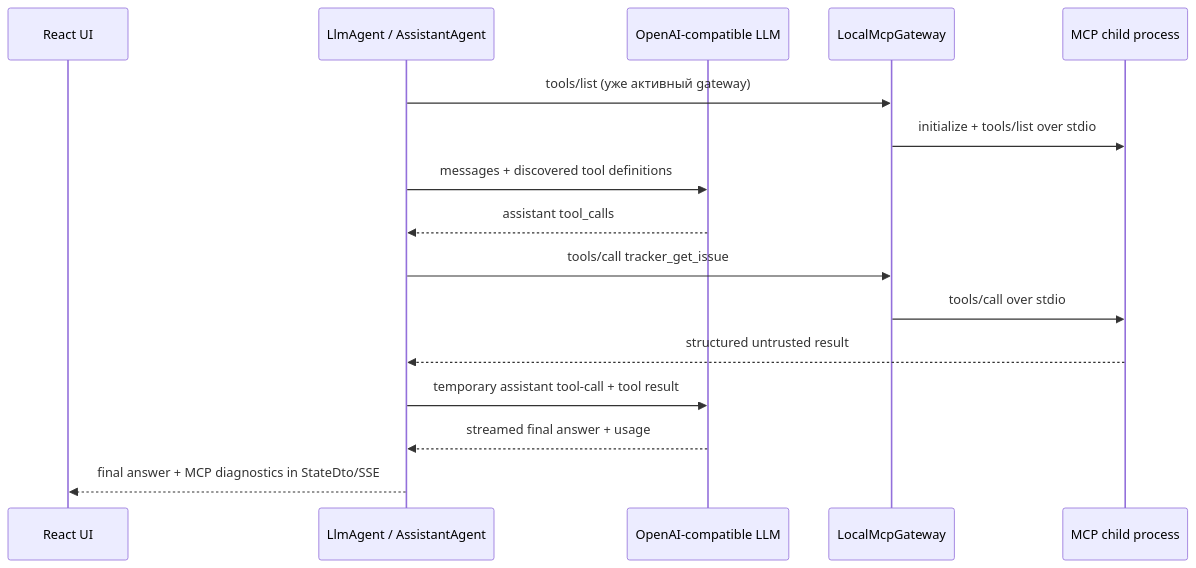
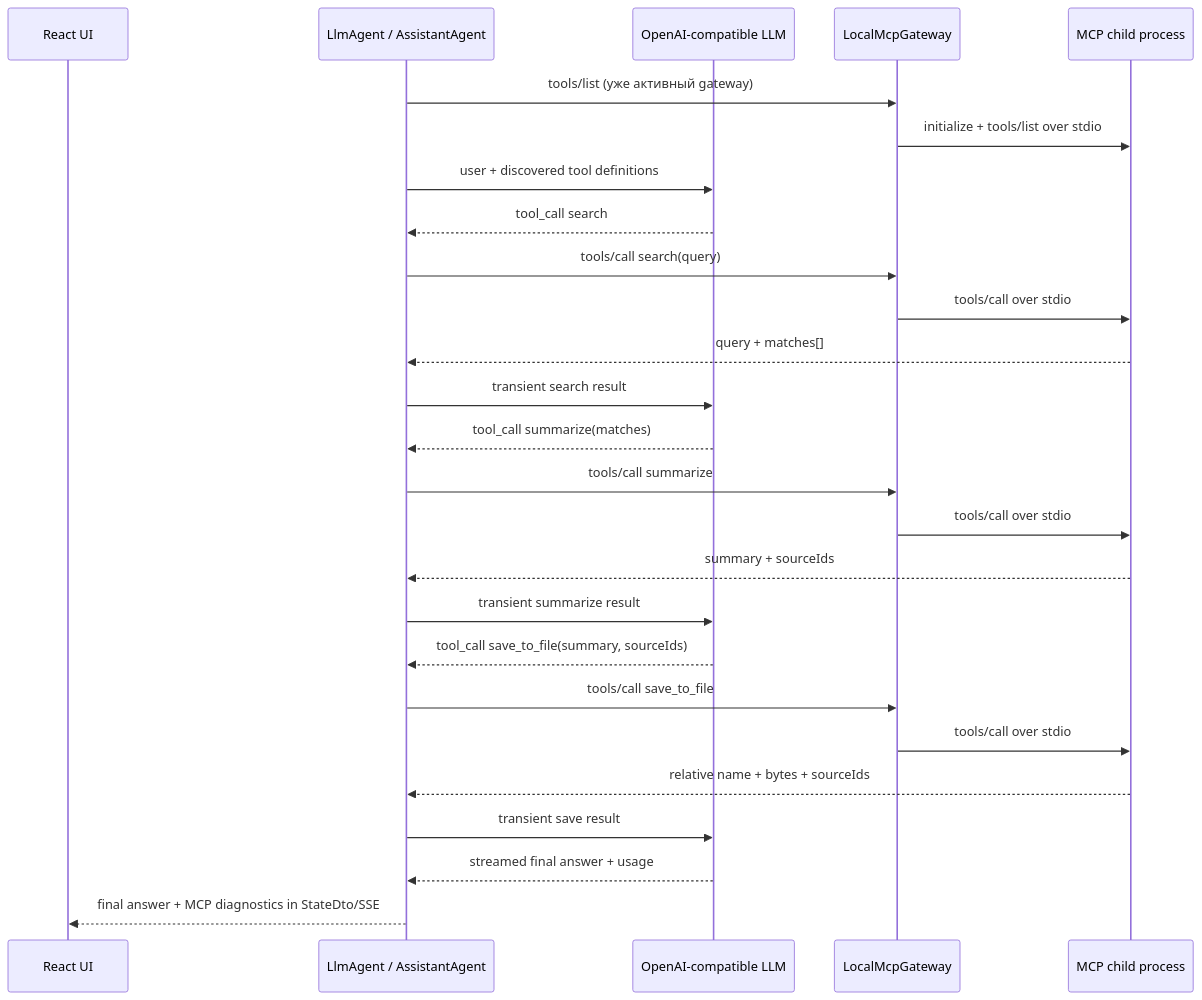
The third of 4 diagrams in docs/ARCHITECTURE.md (StefanSerkhir/AI-Advent-Challenge), drawn with Mermaid before and after one commit. The commit also changed other lines of this file and 11 other files, not shown here.

````diff
--- a/docs/ARCHITECTURE.md
+++ b/docs/ARCHITECTURE.md
@@ -175,18 +192,28 @@
 ```mermaid
 sequenceDiagram
     participant UI as React UI
     participant A as LlmAgent / AssistantAgent
     participant L as OpenAI-compatible LLM
     participant G as LocalMcpGateway
     participant S as MCP child process
     A->>G: tools/list (уже активный gateway)
     G->>S: initialize + tools/list over stdio
-    A->>L: messages + discovered tool definitions
-    L-->>A: assistant tool_calls
-    A->>G: tools/call tracker_get_issue
+    A->>L: user + discovered tool definitions
+    L-->>A: tool_call search
+    A->>G: tools/call search(query)
     G->>S: tools/call over stdio
-    S-->>A: structured untrusted result
-    A->>L: temporary assistant tool-call + tool result
+    S-->>A: query + matches[]
+    A->>L: transient search result
+    L-->>A: tool_call summarize(matches)
+    A->>G: tools/call summarize
+    G->>S: tools/call over stdio
+    S-->>A: summary + sourceIds
+    A->>L: transient summarize result
+    L-->>A: tool_call save_to_file(summary, sourceIds)
+    A->>G: tools/call save_to_file
+    G->>S: tools/call over stdio
+    S-->>A: relative name + bytes + sourceIds
+    A->>L: transient save result
     L-->>A: streamed final answer + usage
     A-->>UI: final answer + MCP diagnostics in StateDto/SSE
 ```
````
